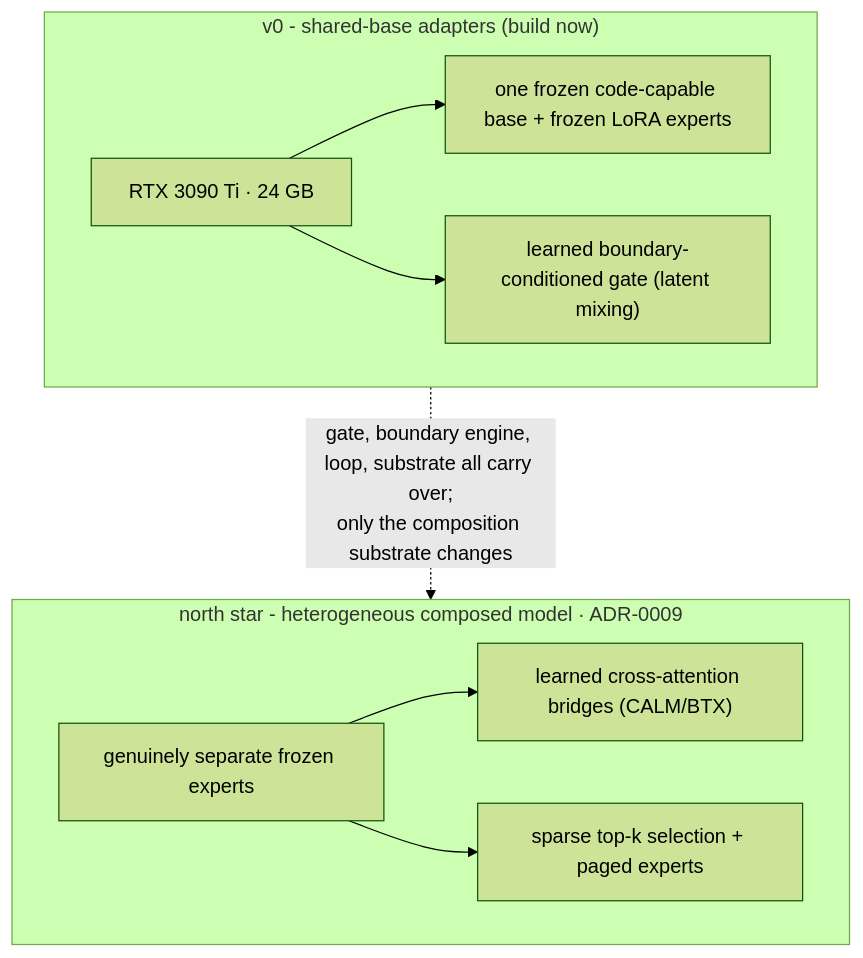
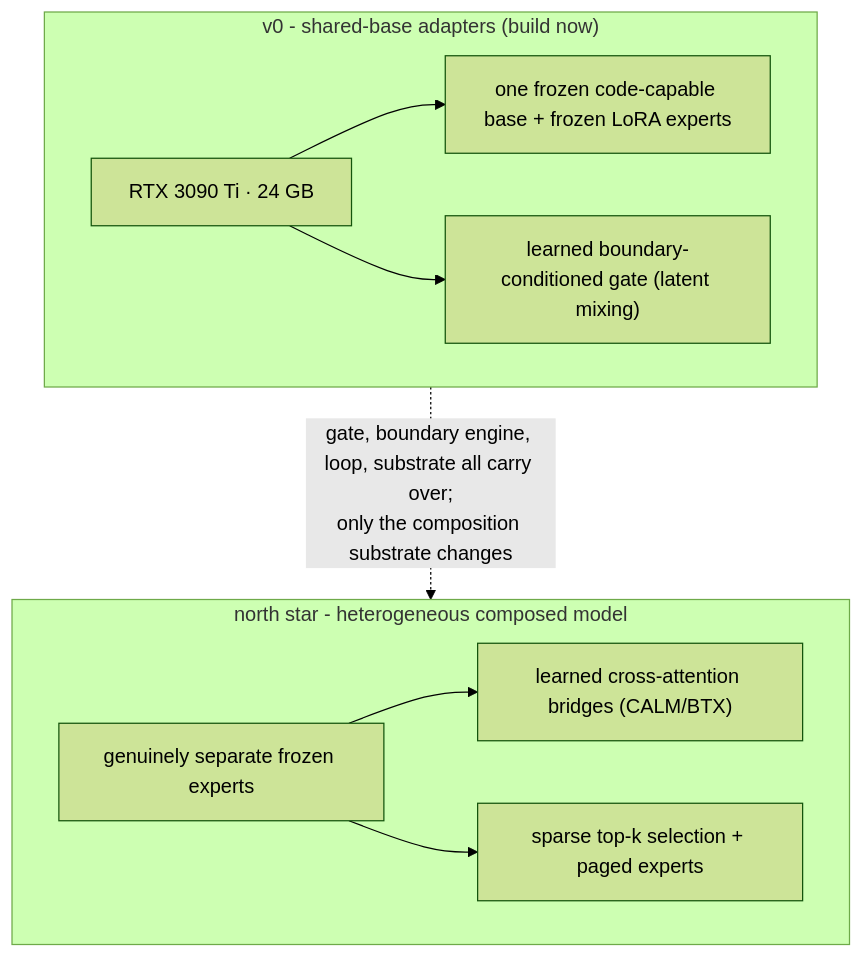
The fourth of 5 diagrams in docs/architecture.md (albedosehen/antumbra), drawn with Mermaid (forest theme) before and after one commit. The commit also changed other lines of this file and 93 other files, not shown here.

````diff
--- a/docs/architecture.md
+++ b/docs/architecture.md
@@ -103,14 +103,14 @@
 ```mermaid
 flowchart TB
     subgraph V0["v0 - shared-base adapters (build now)"]
         G["RTX 3090 Ti · 24 GB"]
         G --> S1["one frozen code-capable base + frozen LoRA experts"]
         G --> S2["learned boundary-conditioned gate (latent mixing)"]
     end
-    subgraph NS["north star - heterogeneous composed model · ADR-0009"]
+    subgraph NS["north star - heterogeneous composed model"]
         H["genuinely separate frozen experts"]
         H --> H1["learned cross-attention bridges (CALM/BTX)"]
         H --> H2["sparse top-k selection + paged experts"]
     end
     V0 -. "gate, boundary engine, loop, substrate all carry over;<br/>only the composition substrate changes" .-> NS
 ```
````
